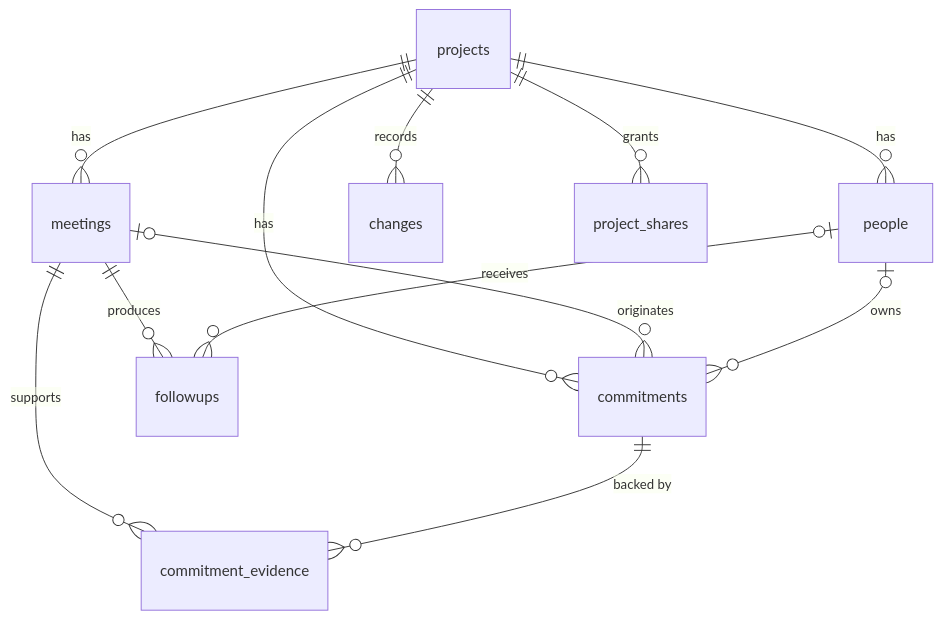
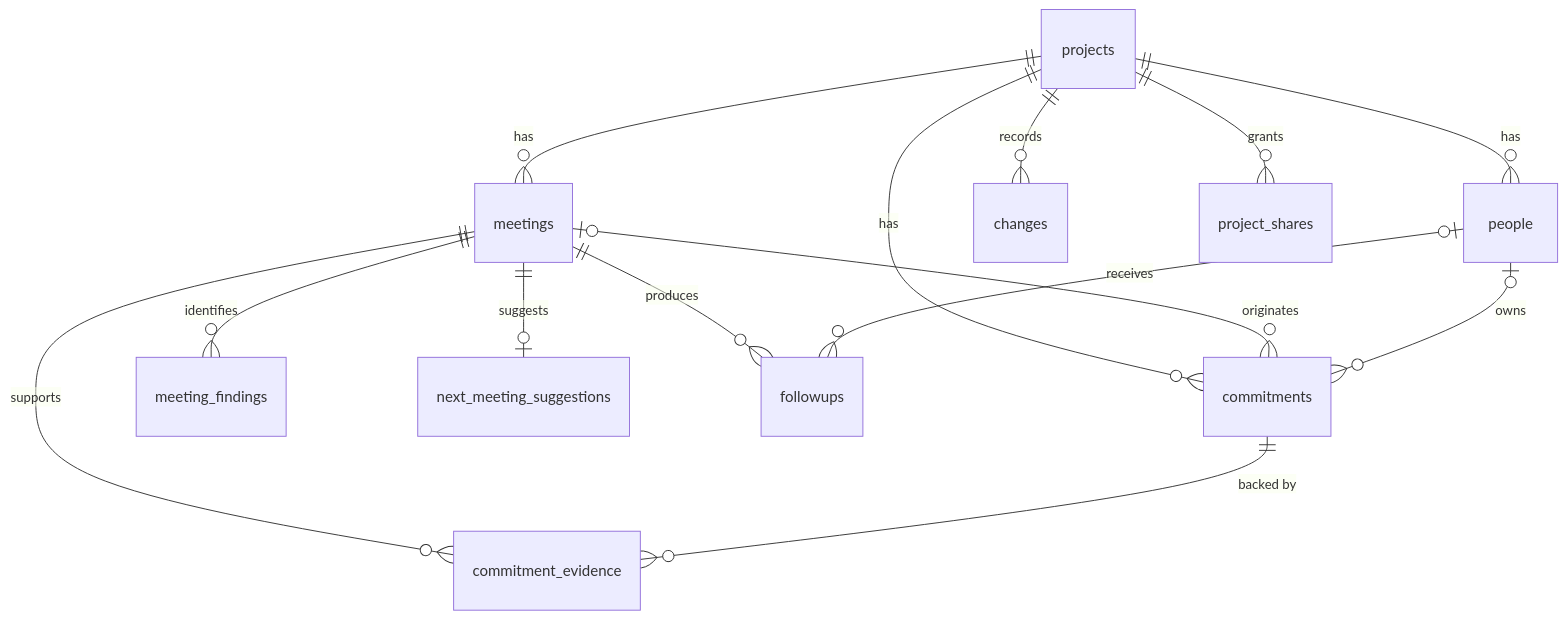
The second of 6 diagrams in docs/ARCHITECTURE.md (Chirag878/Pactlane), drawn with Mermaid before and after one commit. The commit also changed other lines of this file and 3 other files, not shown here.

````diff
--- a/docs/ARCHITECTURE.md
+++ b/docs/ARCHITECTURE.md
@@ -67,14 +67,16 @@
 ```mermaid
 erDiagram
   projects ||--o{ people : has
   projects ||--o{ meetings : has
   projects ||--o{ commitments : has
   projects ||--o{ changes : records
   projects ||--o{ project_shares : grants
   meetings ||--o{ commitment_evidence : supports
+  meetings ||--o{ meeting_findings : identifies
+  meetings ||--o| next_meeting_suggestions : suggests
   commitments ||--o{ commitment_evidence : "backed by"
   meetings |o--o{ commitments : originates
   people |o--o{ commitments : owns
   meetings ||--o{ followups : produces
   people |o--o{ followups : receives
 ```
````
